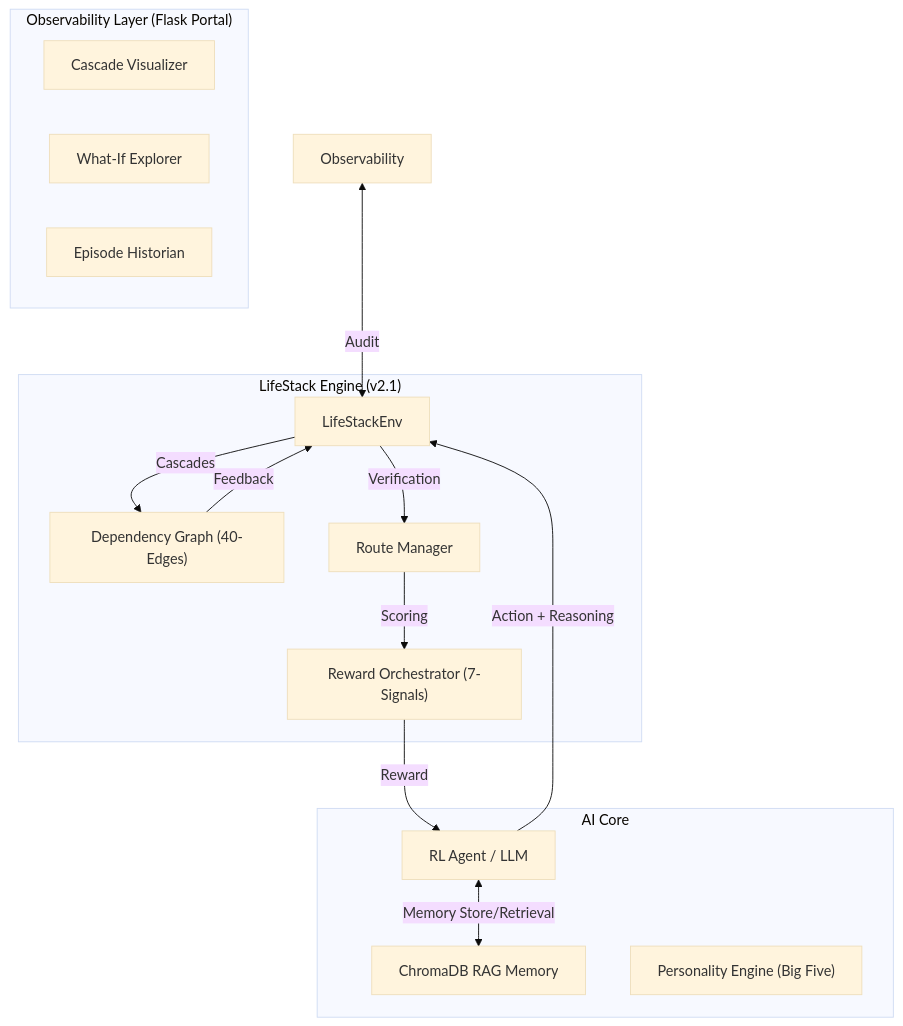
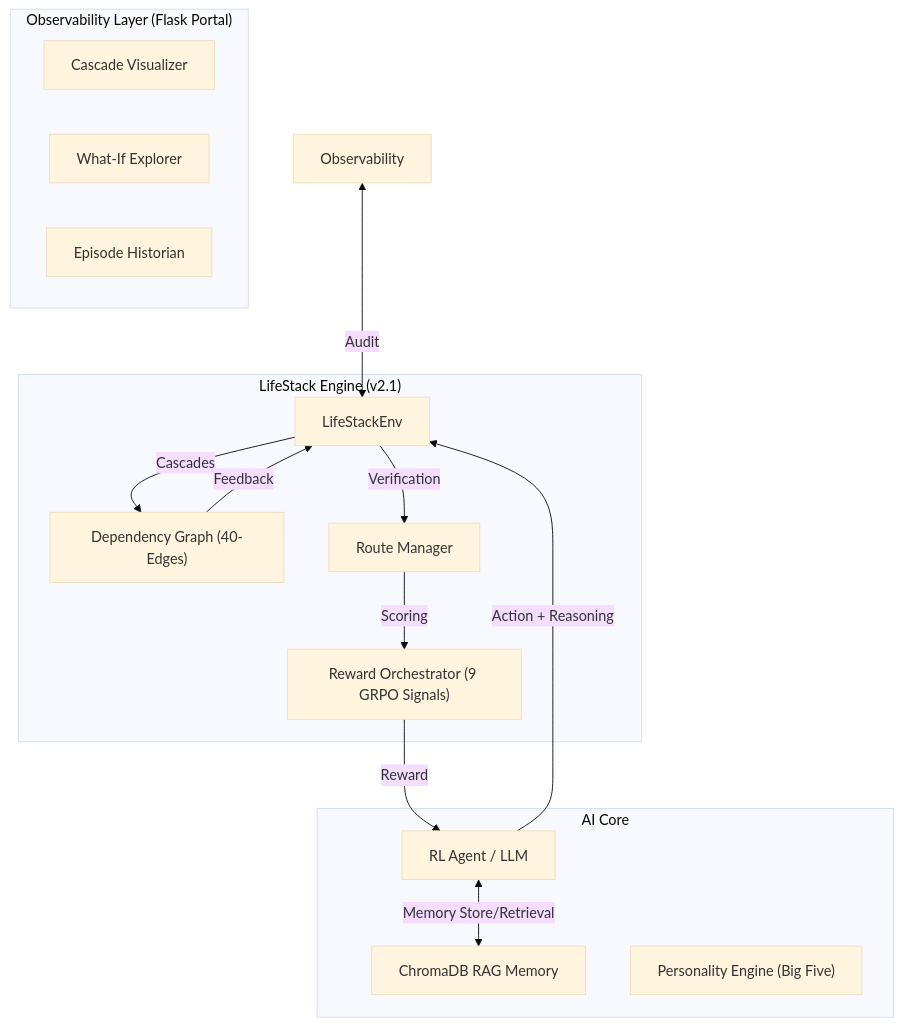
One commit to oki-dokii/Meta-R2 changed the diagram in README.md. Above: the diagram before and after it, drawn with Mermaid (base theme). The commit also changed other lines of this file and 4 other files, not shown here.

````diff
--- a/README.md
+++ b/README.md
@@ -54,30 +54,30 @@
 ```mermaid
 graph TD
     subgraph "LifeStack Engine (v2.1)"
         Env["LifeStackEnv"]
         DG["Dependency Graph (40-Edges)"]
         RT["Route Manager"]
-        RE["Reward Orchestrator (7-Signals)"]
+        RE["Reward Orchestrator (9 GRPO Signals)"]
     end
 
     subgraph "Observability Layer (Flask Portal)"
         CV["Cascade Visualizer"]
         WI["What-If Explorer"]
         Hist["Episode Historian"]
     end
 
     subgraph "AI Core"
         Agent["RL Agent / LLM"]
         Mem["ChromaDB RAG Memory"]
         Pers["Personality Engine (Big Five)"]
     end
 
     Agent -->|Action + Reasoning| Env
     Env -->|Cascades| DG
     DG -->|Feedback| Env
     Env -->|Verification| RT
     RT -->|Scoring| RE
     RE -->|Reward| Agent
     Agent <-->|Memory Store/Retrieval| Mem
     Observability <-->|Audit| Env
 ```
````
